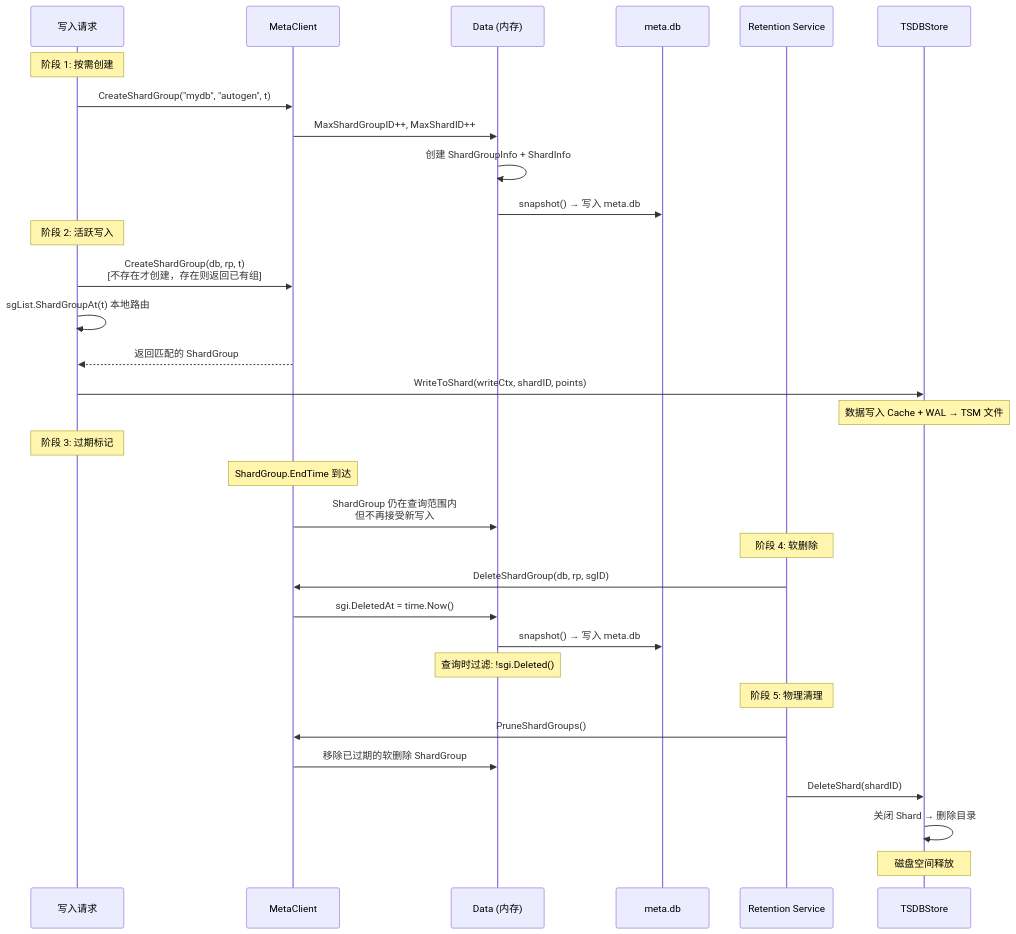
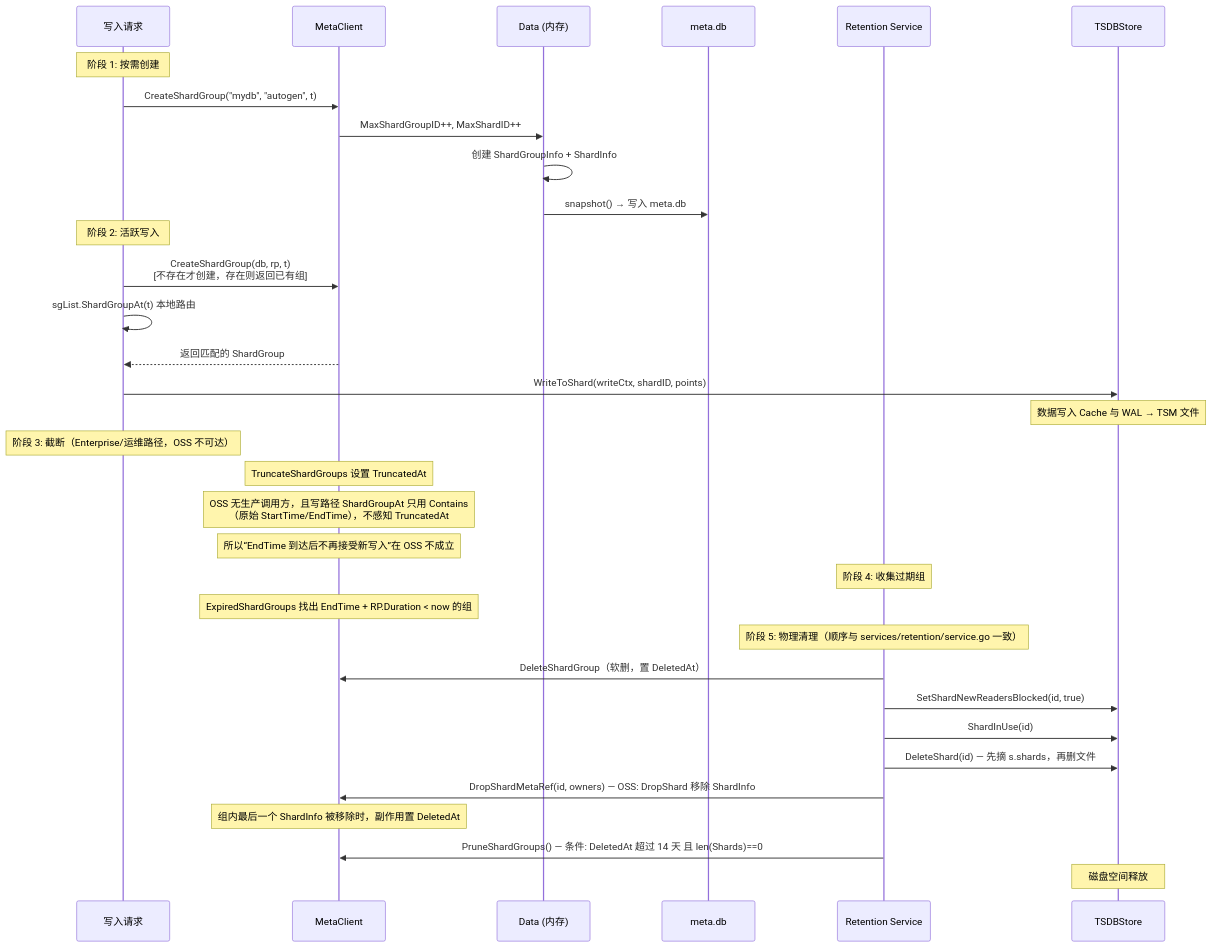
One commit to stefanv5/influxdb changed the ninth of 15 diagrams in docs/specs/06_cluster_communication_spec.md. Above: the diagram before and after it, drawn with Mermaid. The commit also changed other lines of this file and 16 other files, not shown here.

First line of the commit message:
docs: correct and deepen the 17 architecture specs

````diff
--- a/docs/specs/06_cluster_communication_spec.md
+++ b/docs/specs/06_cluster_communication_spec.md
@@ -1593,39 +1697,40 @@
 ```mermaid
 sequenceDiagram
     participant Write as 写入请求
     participant Meta as MetaClient
     participant Data as Data (内存)
     participant Disk as meta.db
     participant Retention as Retention Service
     participant TSDB as TSDBStore
 
     Note over Write: 阶段 1: 按需创建
     Write->>Meta: CreateShardGroup("mydb", "autogen", t)
     Meta->>Data: MaxShardGroupID++, MaxShardID++
     Data->>Data: 创建 ShardGroupInfo + ShardInfo
     Data->>Disk: snapshot() → 写入 meta.db
 
     Note over Write: 阶段 2: 活跃写入
     Write->>Meta: CreateShardGroup(db, rp, t)<br/>[不存在才创建，存在则返回已有组]
     Write->>Write: sgList.ShardGroupAt(t) 本地路由
     Meta-->>Write: 返回匹配的 ShardGroup
     Write->>TSDB: WriteToShard(writeCtx, shardID, points)
-    Note over TSDB: 数据写入 Cache + WAL → TSM 文件
+    Note over TSDB: 数据写入 Cache 与 WAL → TSM 文件
 
-    Note over Write: 阶段 3: 过期标记
-    Note over Meta: ShardGroup.EndTime 到达
-    Meta->>Data: ShardGroup 仍在查询范围内<br>但不再接受新写入
+    Note over Write: 阶段 3: 截断（Enterprise/运维路径，OSS 不可达）
+    Note over Meta: TruncateShardGroups 设置 TruncatedAt
+    Note over Meta: OSS 无生产调用方，且写路径 ShardGroupAt 只用 Contains<br/>（原始 StartTime/EndTime），不感知 TruncatedAt
+    Note over Meta: 所以“EndTime 到达后不再接受新写入”在 OSS 不成立
 
-    Note over Retention: 阶段 4: 软删除
-    Retention->>Meta: DeleteShardGroup(db, rp, sgID)
-    Meta->>Data: sgi.DeletedAt = time.Now()
-    Data->>Disk: snapshot() → 写入 meta.db
-    Note over Data: 查询时过滤: !sgi.Deleted()
+    Note over Retention: 阶段 4: 收集过期组
+    Note over Meta: ExpiredShardGroups 找出 EndTime + RP.Duration < now 的组
 
-    Note over Retention: 阶段 5: 物理清理
-    Retention->>Meta: PruneShardGroups()
-    Meta->>Data: 移除已过期的软删除 ShardGroup
-    Retention->>TSDB: DeleteShard(shardID)
-    TSDB->>TSDB: 关闭 Shard → 删除目录
+    Note over Retention: 阶段 5: 物理清理（顺序与 services/retention/service.go 一致）
+    Retention->>Meta: DeleteShardGroup（软删，置 DeletedAt）
+    Retention->>TSDB: SetShardNewReadersBlocked(id, true)
+    Retention->>TSDB: ShardInUse(id)
+    Retention->>TSDB: DeleteShard(id) — 先摘 s.shards，再删文件
+    Retention->>Meta: DropShardMetaRef(id, owners) — OSS: DropShard 移除 ShardInfo
+    Note over Meta: 组内最后一个 ShardInfo 被移除时，副作用置 DeletedAt
+    Retention->>Meta: PruneShardGroups() — 条件: DeletedAt 超过 14 天 且 len(Shards)==0
     Note over TSDB: 磁盘空间释放
 ```
````
